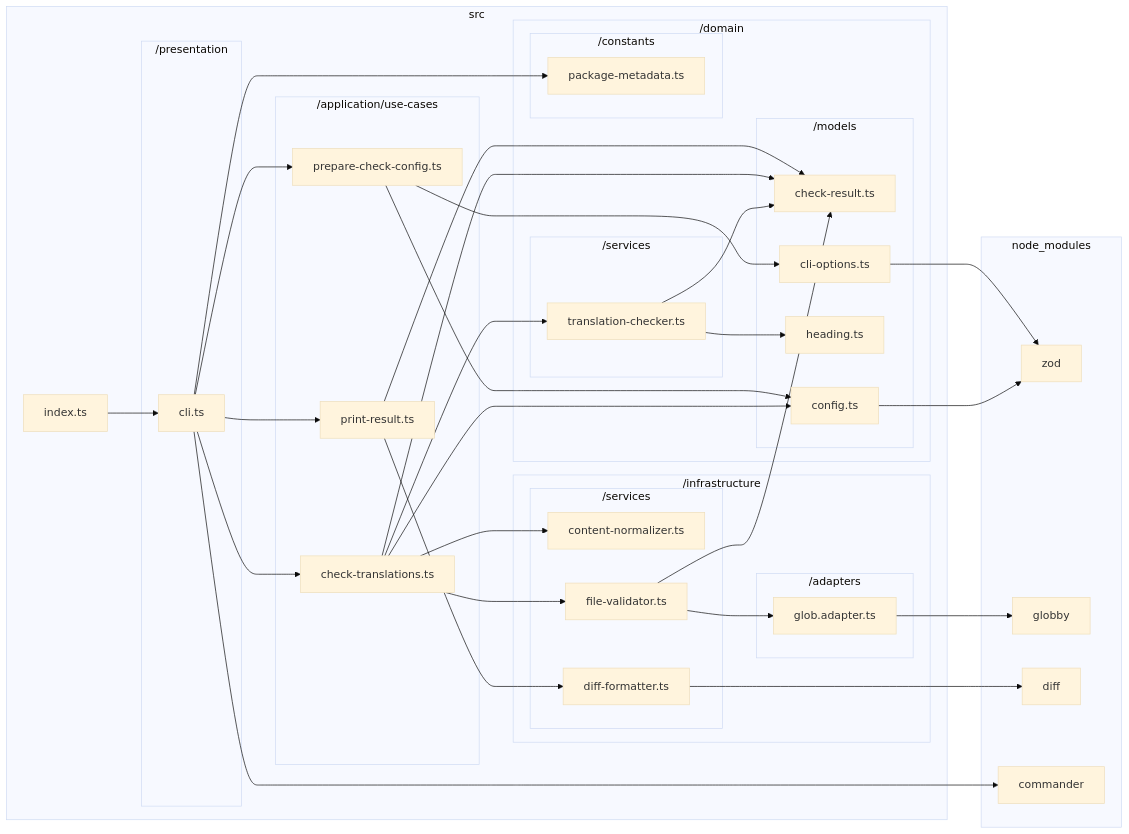
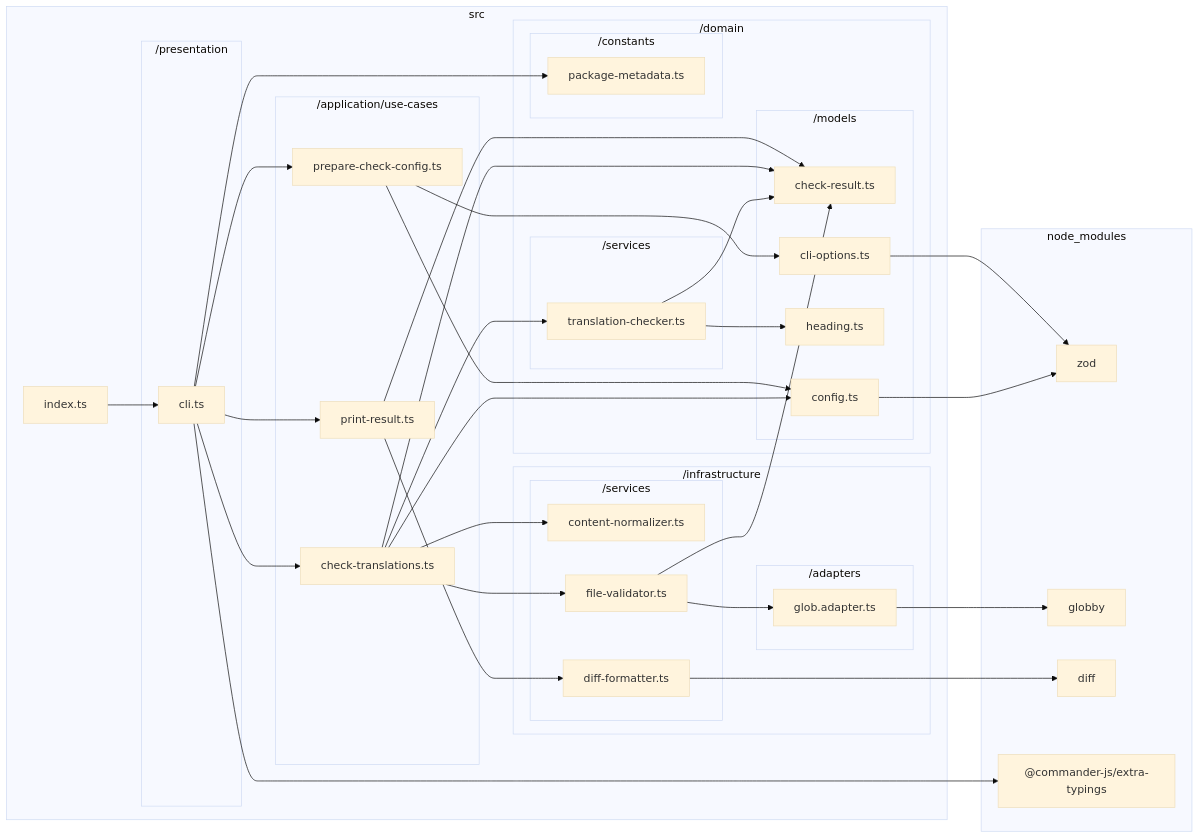
One commit to sugurutakahashi-1234/readme-i18n-sentinel changed the diagram in docs/reports/dependencies/deps-graph.md. Above: the diagram before and after it, drawn with Mermaid (base theme). The commit also changed 5 other files, not shown here.

````diff
--- a/docs/reports/dependencies/deps-graph.md
+++ b/docs/reports/dependencies/deps-graph.md
@@ -7,67 +7,67 @@
 ```mermaid
 flowchart LR
     subgraph src["src"]
         src/index.ts["index.ts"]
         subgraph src/domain["/domain"]
             subgraph src/domain/models["/models"]
                 src/domain/models/check//result.ts["check-result.ts"]
                 src/domain/models/config.ts["config.ts"]
                 src/domain/models/heading.ts["heading.ts"]
                 src/domain/models/cli//options.ts["cli-options.ts"]
             end
             subgraph src/domain/services["/services"]
                 src/domain/services/translation//checker.ts["translation-checker.ts"]
             end
             subgraph src/domain/constants["/constants"]
                 src/domain/constants/package//metadata.ts["package-metadata.ts"]
             end
         end
         subgraph src/infrastructure["/infrastructure"]
             subgraph src/infrastructure/services["/services"]
                 src/infrastructure/services/content//normalizer.ts["content-normalizer.ts"]
                 src/infrastructure/services/file//validator.ts["file-validator.ts"]
                 src/infrastructure/services/diff//formatter.ts["diff-formatter.ts"]
             end
             subgraph src/infrastructure/adapters["/adapters"]
                 src/infrastructure/adapters/glob.adapter.ts["glob.adapter.ts"]
             end
         end
         subgraph src/application/use//cases["/application/use-cases"]
             src/application/use//cases/check//translations.ts["check-translations.ts"]
             src/application/use//cases/prepare//check//config.ts["prepare-check-config.ts"]
             src/application/use//cases/print//result.ts["print-result.ts"]
         end
         subgraph src/presentation["/presentation"]
             src/presentation/cli.ts["cli.ts"]
         end
     end
     subgraph node//modules["node_modules"]
         node//modules/zod/index.d.cts["zod"]
         node//modules/globby/index.d.ts["globby"]
         node//modules/diff/libcjs/index.d.ts["diff"]
-        node//modules/commander/typings/index.d.ts["commander"]
+        node//modules///commander//js/extra//typings/index.d.ts["@commander-js/extra-typings"]
     end
     src/domain/models/config.ts-->node//modules/zod/index.d.cts
     src/domain/services/translation//checker.ts-->src/domain/models/check//result.ts
     src/domain/services/translation//checker.ts-->src/domain/models/heading.ts
     src/infrastructure/adapters/glob.adapter.ts-->node//modules/globby/index.d.ts
     src/infrastructure/services/file//validator.ts-->src/domain/models/check//result.ts
     src/infrastructure/services/file//validator.ts-->src/infrastructure/adapters/glob.adapter.ts
     src/application/use//cases/check//translations.ts-->src/domain/models/check//result.ts
     src/application/use//cases/check//translations.ts-->src/domain/models/config.ts
     src/application/use//cases/check//translations.ts-->src/domain/services/translation//checker.ts
     src/application/use//cases/check//translations.ts-->src/infrastructure/services/content//normalizer.ts
     src/application/use//cases/check//translations.ts-->src/infrastructure/services/file//validator.ts
     src/domain/models/cli//options.ts-->node//modules/zod/index.d.cts
     src/application/use//cases/prepare//check//config.ts-->src/domain/models/cli//options.ts
     src/application/use//cases/prepare//check//config.ts-->src/domain/models/config.ts
     src/infrastructure/services/diff//formatter.ts-->node//modules/diff/libcjs/index.d.ts
     src/application/use//cases/print//result.ts-->src/domain/models/check//result.ts
     src/application/use//cases/print//result.ts-->src/infrastructure/services/diff//formatter.ts
-    src/presentation/cli.ts-->node//modules/commander/typings/index.d.ts
+    src/presentation/cli.ts-->node//modules///commander//js/extra//typings/index.d.ts
     src/presentation/cli.ts-->src/application/use//cases/check//translations.ts
     src/presentation/cli.ts-->src/application/use//cases/prepare//check//config.ts
     src/presentation/cli.ts-->src/application/use//cases/print//result.ts
     src/presentation/cli.ts-->src/domain/constants/package//metadata.ts
     src/index.ts-->src/presentation/cli.ts
 ```
````
